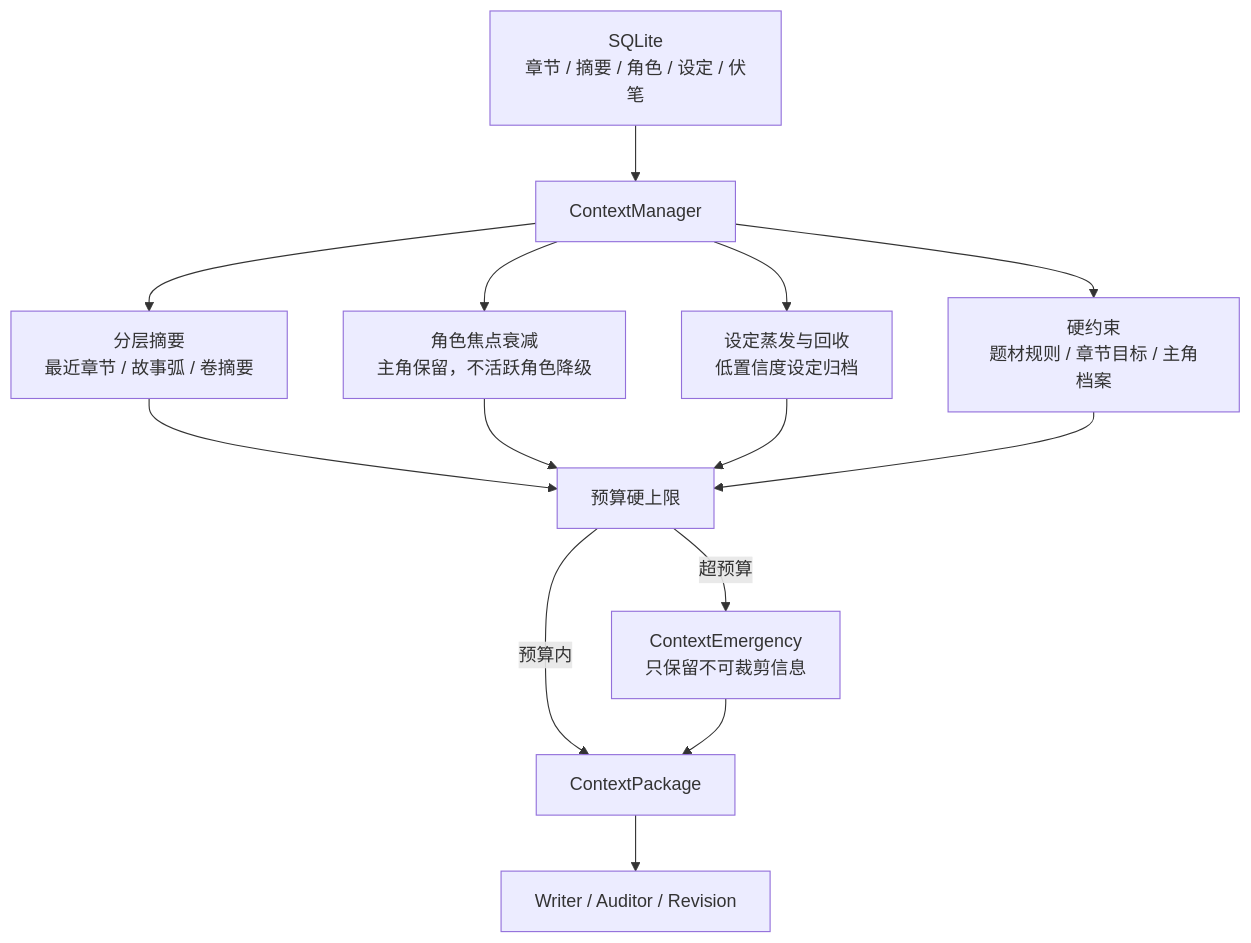
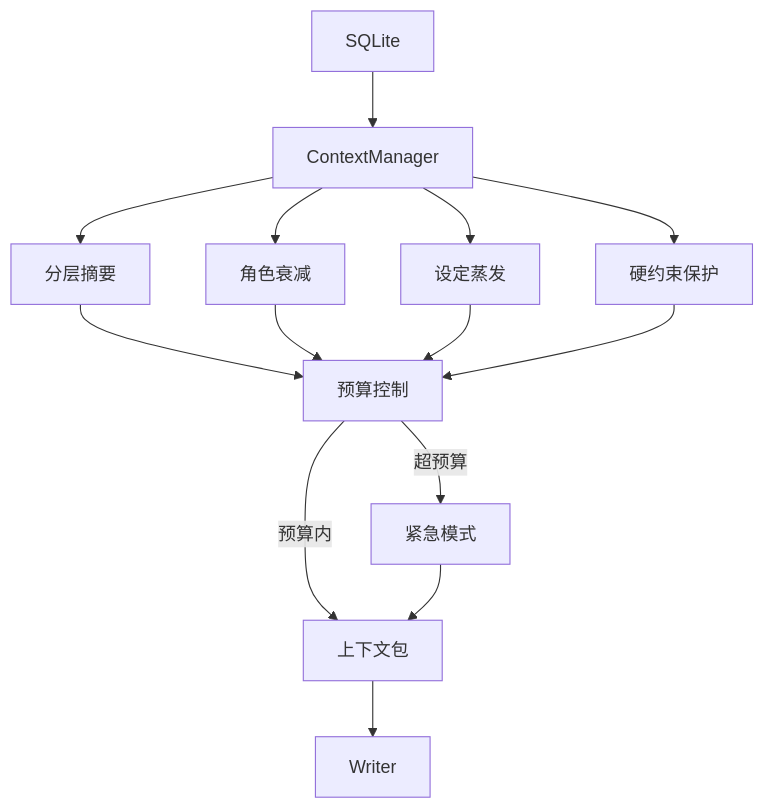
One commit to Bingtuu/Songyan changed the third of 3 diagrams in README.md. Above: the diagram before and after it, drawn with Mermaid. The commit also changed other lines of this file and 27 other files, not shown here.

````diff
--- a/README.md
+++ b/README.md
@@ -138,16 +141,16 @@
 ```mermaid
 flowchart TB
-    DB["SQLite<br/>章节 / 摘要 / 角色 / 设定 / 伏笔"] --> Loader["ContextManager"]
-    Loader --> Summary["分层摘要<br/>最近章节 / 故事弧 / 卷摘要"]
-    Loader --> Character["角色焦点衰减<br/>主角保留，不活跃角色降级"]
-    Loader --> Setting["设定蒸发与回收<br/>低置信度设定归档"]
-    Loader --> Hard["硬约束<br/>题材规则 / 章节目标 / 主角档案"]
-    Summary --> Budget["预算硬上限"]
+    DB["SQLite"] --> Loader["ContextManager"]
+    Loader --> Summary["分层摘要"]
+    Loader --> Character["角色衰减"]
+    Loader --> Setting["设定蒸发"]
+    Loader --> Hard["硬约束保护"]
+    Summary --> Budget["预算控制"]
     Character --> Budget
     Setting --> Budget
     Hard --> Budget
-    Budget -->|预算内| Package["ContextPackage"]
-    Budget -->|超预算| Emergency["ContextEmergency<br/>只保留不可裁剪信息"]
+    Budget -->|预算内| Package["上下文包"]
+    Budget -->|超预算| Emergency["紧急模式"]
     Emergency --> Package
-    Package --> Writer["Writer / Auditor / Revision"]
+    Package --> Writer
 ```
````
